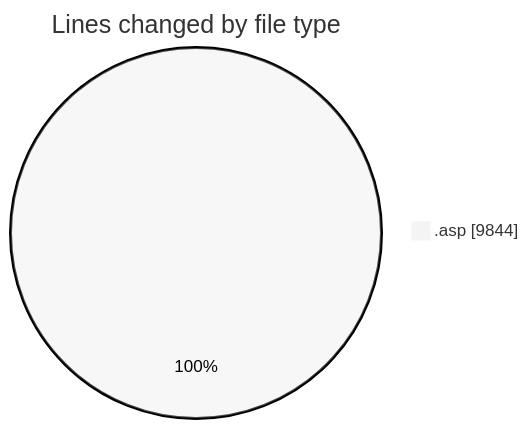
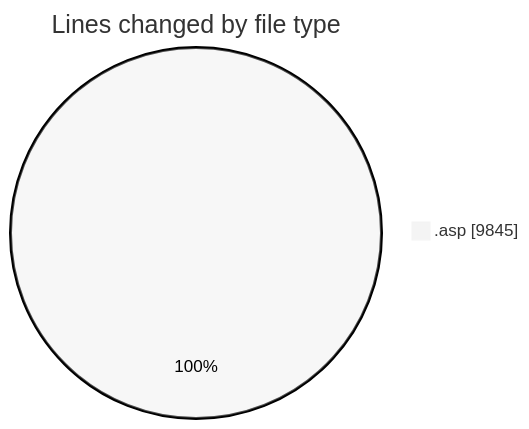
One commit to julien-gomy/code-tracking changed the first of 2 diagrams in 2025-10-30/cdp_aleoudev_fr__workspace_/README.md. Above: the diagram before and after it, drawn with Mermaid (neutral theme). The commit also changed other lines of this file and 1 other file, not shown here.

````diff
--- a/2025-10-30/cdp_aleoudev_fr__workspace_/README.md
+++ b/2025-10-30/cdp_aleoudev_fr__workspace_/README.md
@@ -29,5 +29,5 @@
 ```mermaid
 pie showData
 title Lines changed by file type
-".asp" : 9844
+".asp" : 9845
 ```
````
